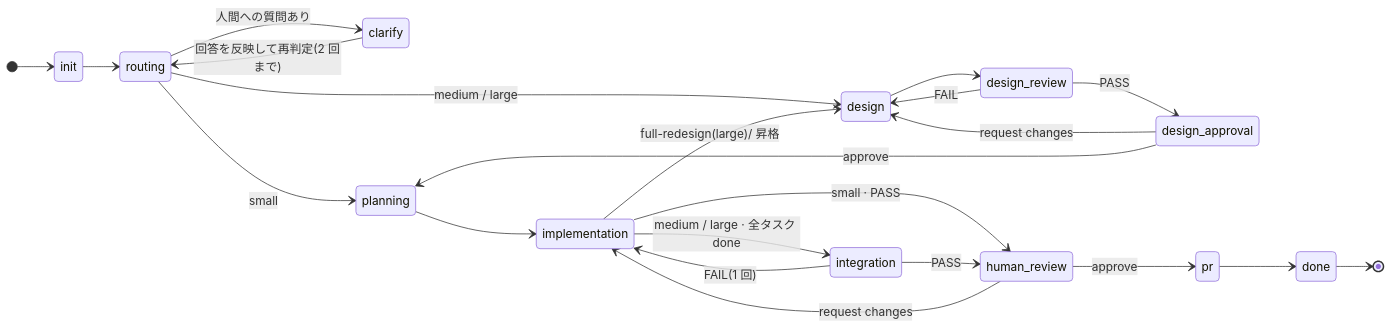
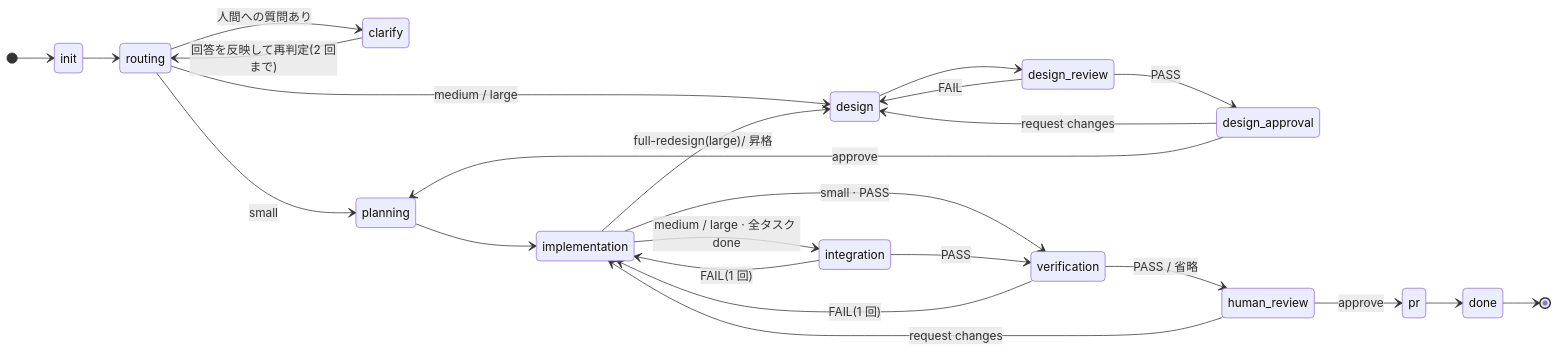
Before and after one commit to tamashiro-syuta/tama-cc-kit: the ninth of 12 diagrams in docs/tama-cc-devflow.md, drawn with Mermaid. The commit also changed other lines of this file and 17 other files, not shown here.

````diff
--- a/docs/tama-cc-devflow.md
+++ b/docs/tama-cc-devflow.md
@@ -452,25 +489,27 @@
 ```mermaid
 stateDiagram-v2
     direction LR
     [*] --> init
     init --> routing
     routing --> clarify: 人間への質問あり
     clarify --> routing: 回答を反映して再判定(2 回まで)
     routing --> planning: small
     routing --> design: medium / large
     design --> design_review
     design_review --> design: FAIL
     design_review --> design_approval: PASS
     design_approval --> design: request changes
     design_approval --> planning: approve
     planning --> implementation
-    implementation --> human_review: small · PASS
+    implementation --> verification: small · PASS
     implementation --> integration: medium / large · 全タスク done
     implementation --> design: full-redesign(large)/ 昇格
     integration --> implementation: FAIL(1 回)
-    integration --> human_review: PASS
+    integration --> verification: PASS
+    verification --> implementation: FAIL(1 回)
+    verification --> human_review: PASS / 省略
     human_review --> implementation: request changes
     human_review --> pr: approve
     pr --> done
     done --> [*]
 ```
````
